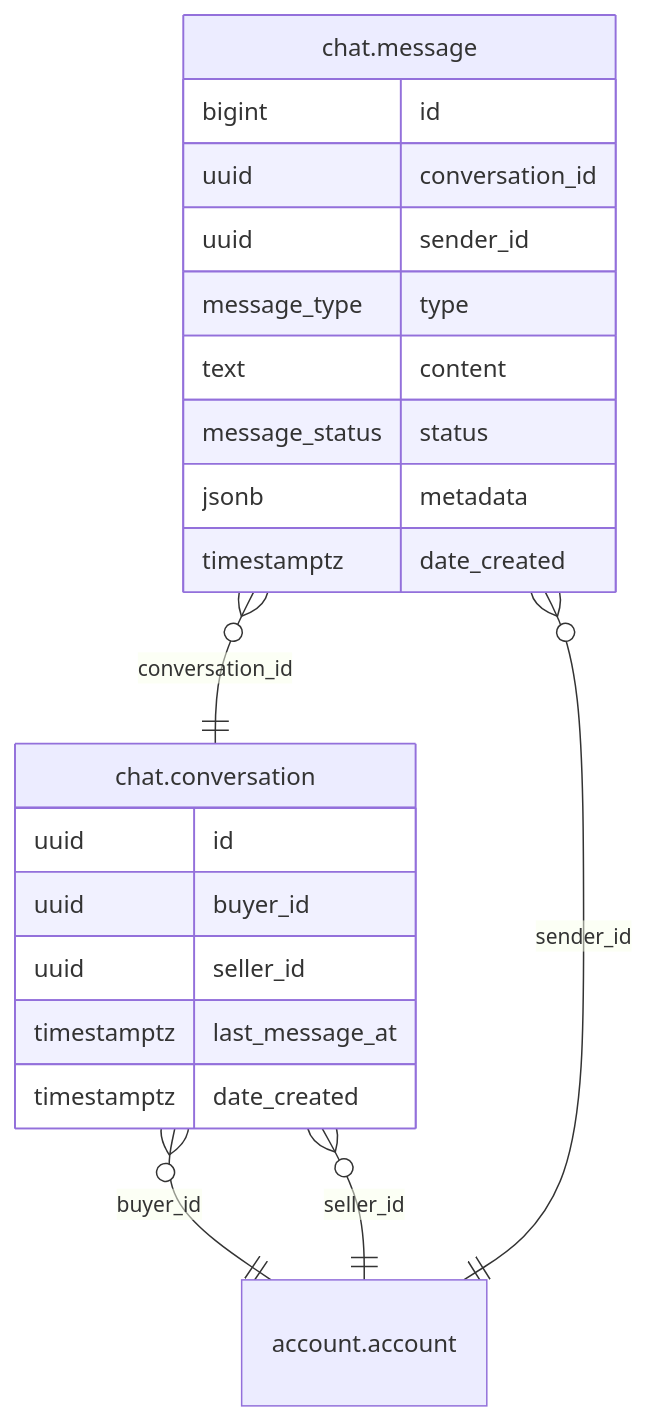
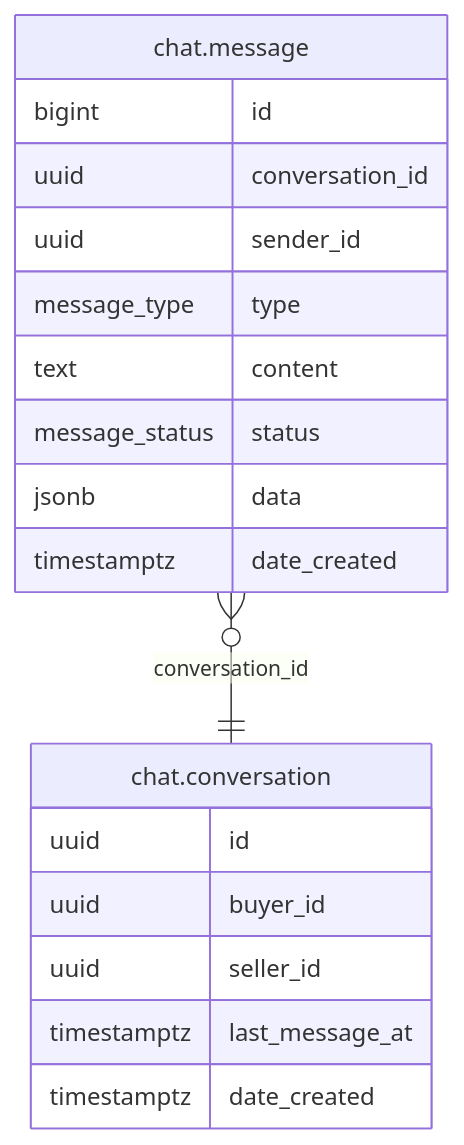
One commit to shopnexus/shopnexus-server changed the diagram in internal/module/chat/README.md. Above: the diagram before and after it, drawn with Mermaid. The commit also changed 8 other files, not shown here.

Commit message:
update schema

````diff
--- a/internal/module/chat/README.md
+++ b/internal/module/chat/README.md
@@ -10,25 +10,22 @@
 ```mermaid
 erDiagram
-"chat.conversation" }o--|| "account.account" : "buyer_id"
-"chat.conversation" }o--|| "account.account" : "seller_id"
-"chat.message" }o--|| "account.account" : "sender_id"
 "chat.message" }o--|| "chat.conversation" : "conversation_id"
 
 "chat.conversation" {
   uuid id
   uuid buyer_id
   uuid seller_id
   timestamptz last_message_at
   timestamptz date_created
 }
 "chat.message" {
   bigint id
   uuid conversation_id
   uuid sender_id
   message_type type
   text content
   message_status status
-  jsonb metadata
+  jsonb data
   timestamptz date_created
 }
 ```
````
